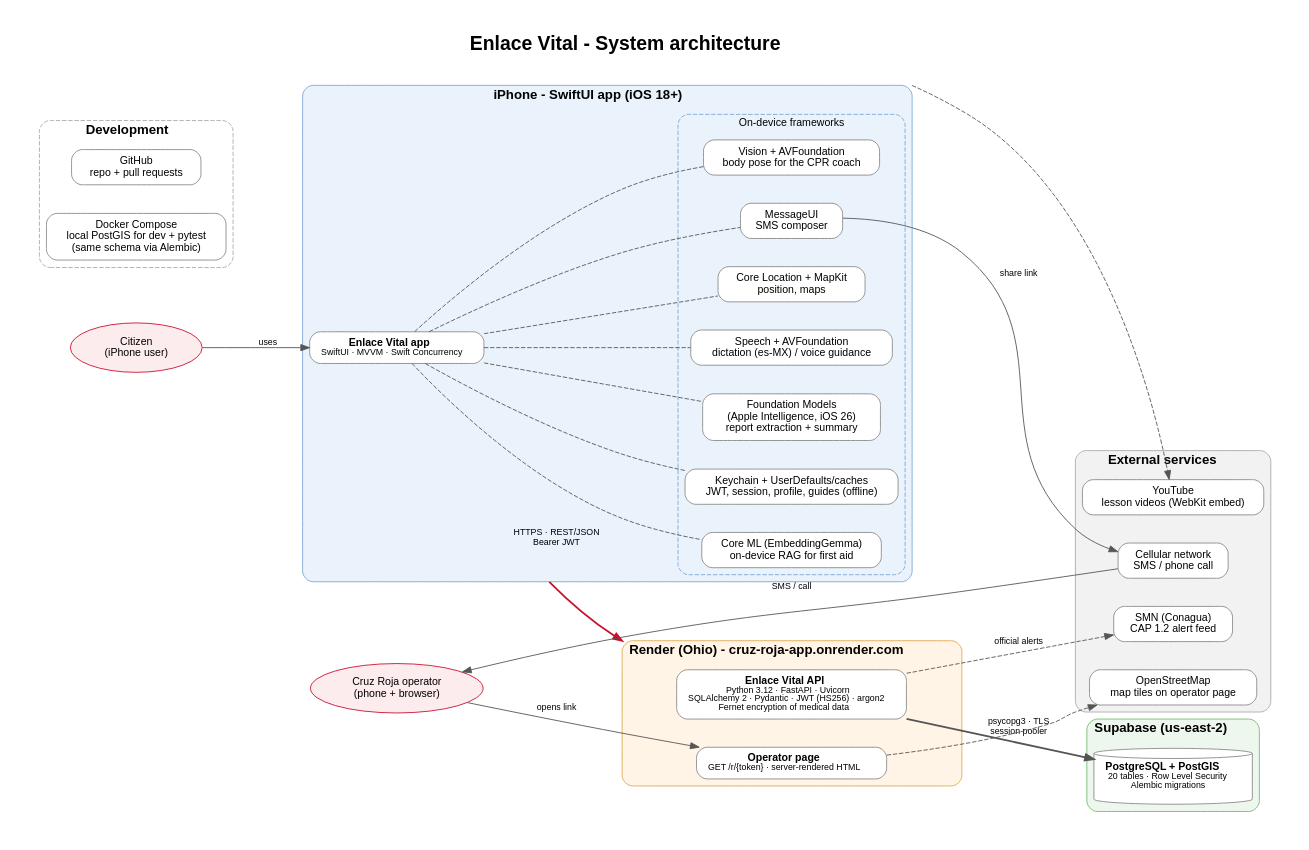
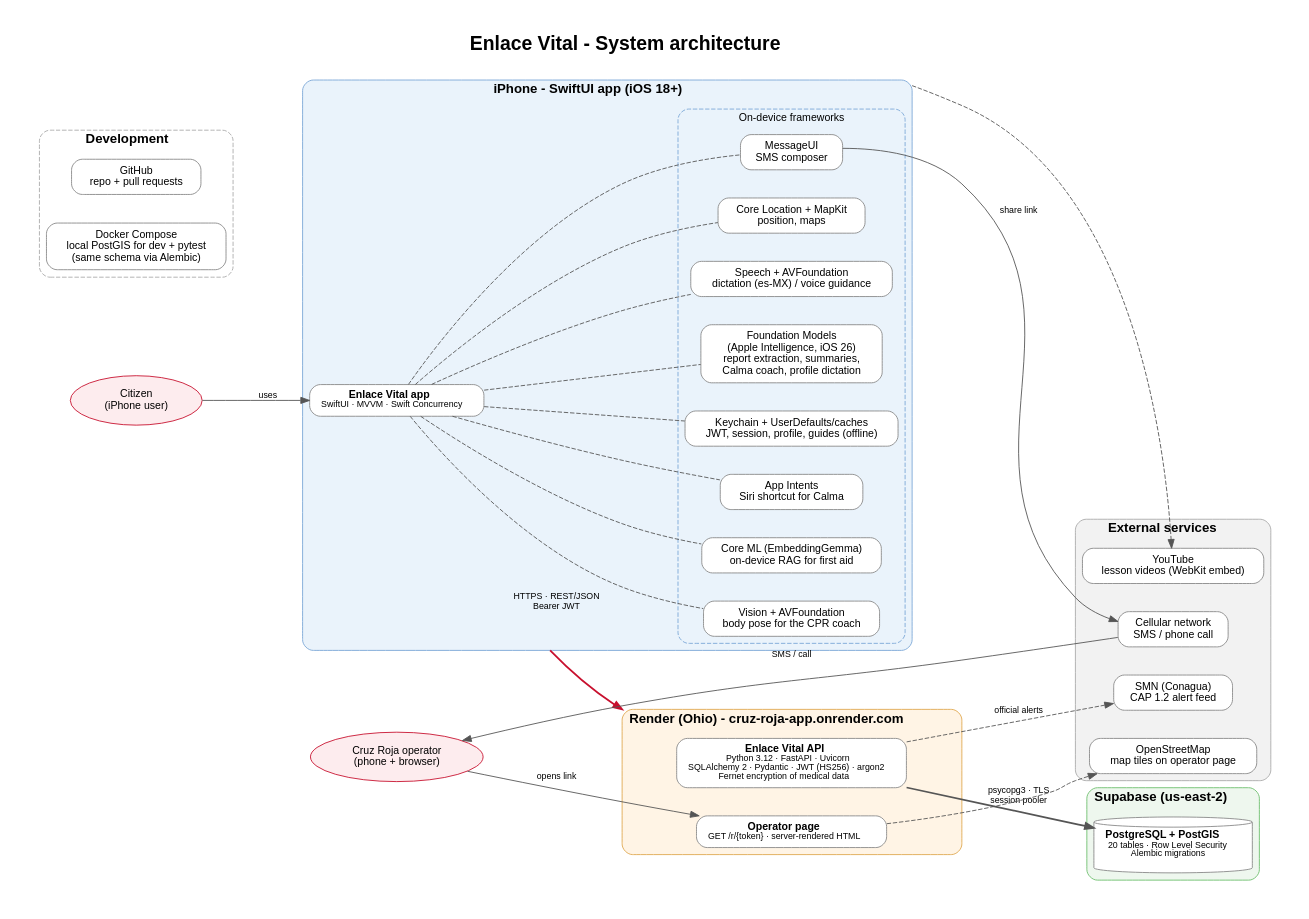
Before and after one commit to Fernando94654/Cruz-Roja-App: the diagram in docs/architecture/src/02-system-architecture.dot, drawn with Graphviz. The commit also changed 6 other files, not shown here.

Commit message:
Add Calm, simple mode and App Intents to architecture diagrams

```diff
--- a/docs/architecture/src/02-system-architecture.dot
+++ b/docs/architecture/src/02-system-architecture.dot
@@ -1,68 +1,70 @@
 // Render with: dot -Tpng -Gdpi=200 02-system-architecture.dot -o ../png/02-system-architecture.png
 digraph system {
   graph [rankdir=LR, fontname="Helvetica", nodesep=0.45, ranksep=1.0, pad=0.4, compound=true,
          label=<<b>Enlace Vital - System architecture</b>>, labelloc=t, fontsize=22];
   node [shape=box, style="rounded,filled", fillcolor=white, color="#888888", fontname="Helvetica", fontsize=12, margin="0.18,0.10"];
   edge [fontname="Helvetica", fontsize=10, color="#555555"];
 
   user [label="Citizen\n(iPhone user)", shape=ellipse, fillcolor="#FDECEE", color="#C8102E"];
   operator [label="Cruz Roja operator\n(phone + browser)", shape=ellipse, fillcolor="#FDECEE", color="#C8102E"];
 
   subgraph cluster_ios {
     label=<<b>iPhone - SwiftUI app (iOS 18+)</b>>; fontsize=15; style="rounded,filled"; fillcolor="#EAF3FB"; color="#7AA7D6";
     app [label=<<b>Enlace Vital app</b><br/><font point-size="10">SwiftUI · MVVM · Swift Concurrency</font>>, fillcolor="#FFFFFF"];
     subgraph cluster_ondevice {
       label="On-device frameworks"; fontsize=12; style="rounded,dashed"; color="#7AA7D6";
-      fm [label="Foundation Models\n(Apple Intelligence, iOS 26)\nreport extraction + summary"];
+      fm [label="Foundation Models\n(Apple Intelligence, iOS 26)\nreport extraction, summaries,\nCalma coach, profile dictation"];
       speech [label="Speech + AVFoundation\ndictation (es-MX) / voice guidance"];
       loc [label="Core Location + MapKit\nposition, maps"];
       sms [label="MessageUI\nSMS composer"];
       vision [label="Vision + AVFoundation\nbody pose for the CPR coach"];
       coreml [label="Core ML (EmbeddingGemma)\non-device RAG for first aid"];
+      intents [label="App Intents\nSiri shortcut for Calma"];
       store [label="Keychain + UserDefaults/caches\nJWT, session, profile, guides (offline)"];
     }
   }
 
   subgraph cluster_cloud {
     label=<<b>Render (Ohio) - cruz-roja-app.onrender.com</b>>; fontsize=15; style="rounded,filled"; fillcolor="#FFF4E5"; color="#E0A84F";
     api [label=<<b>Enlace Vital API</b><br/><font point-size="10">Python 3.12 · FastAPI · Uvicorn<br/>SQLAlchemy 2 · Pydantic · JWT (HS256) · argon2<br/>Fernet encryption of medical data</font>>];
     page [label=<<b>Operator page</b><br/><font point-size="10">GET /r/{token} · server-rendered HTML</font>>];
   }
 
   subgraph cluster_db {
     label=<<b>Supabase (us-east-2)</b>>; fontsize=15; style="rounded,filled"; fillcolor="#EEF7EE"; color="#6DBF6D";
     db [label=<<b>PostgreSQL + PostGIS</b><br/><font point-size="10">20 tables · Row Level Security<br/>Alembic migrations</font>>, shape=cylinder];
   }
 
   subgraph cluster_ext {
     label=<<b>External services</b>>; fontsize=15; style="rounded,filled"; fillcolor="#F2F2F2"; color="#AAAAAA";
     yt [label="YouTube\nlesson videos (WebKit embed)"];
     osm [label="OpenStreetMap\nmap tiles on operator page"];
     carrier [label="Cellular network\nSMS / phone call"];
     smnfeed [label="SMN (Conagua)\nCAP 1.2 alert feed"];
   }
 
   subgraph cluster_dev {
     label=<<b>Development</b>>; fontsize=15; style="rounded,dashed"; color="#AAAAAA";
     gh [label="GitHub\nrepo + pull requests"];
     docker [label="Docker Compose\nlocal PostGIS for dev + pytest\n(same schema via Alembic)"];
   }
 
   user -> app [label="uses"];
   app -> fm [dir=none, style=dashed];
   app -> speech [dir=none, style=dashed];
   app -> loc [dir=none, style=dashed];
   app -> sms [dir=none, style=dashed];
   app -> store [dir=none, style=dashed];
   app -> vision [dir=none, style=dashed];
   app -> coreml [dir=none, style=dashed];
+  app -> intents [dir=none, style=dashed];
   app -> api [label="HTTPS · REST/JSON\nBearer JWT", lhead=cluster_cloud, ltail=cluster_ios, penwidth=2, color="#C8102E"];
   api -> db [label="psycopg3 · TLS\nsession pooler", penwidth=2];
   page -> db [style=invis];
   sms -> carrier [label="share link"];
   carrier -> operator [label="SMS / call"];
   operator -> page [label="opens link"];
   page -> osm [style=dashed];
   api -> smnfeed [label="official alerts", style=dashed];
   app -> yt [style=dashed, ltail=cluster_ios];
 }
```
